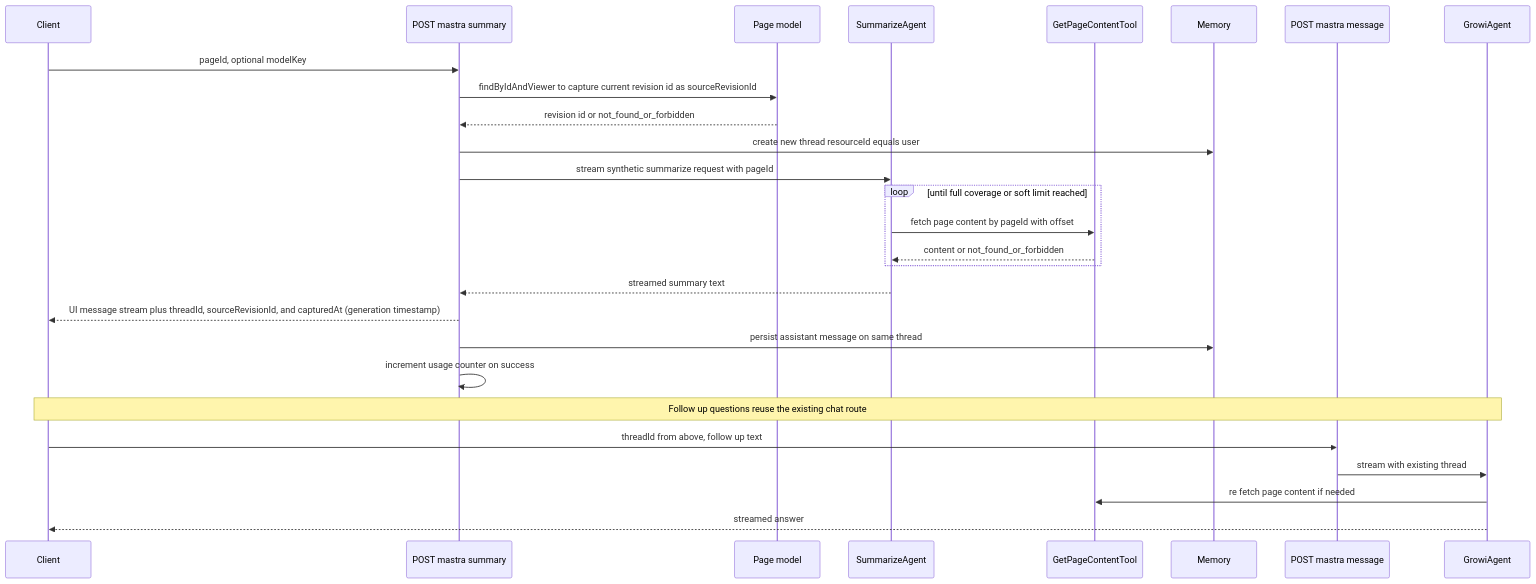
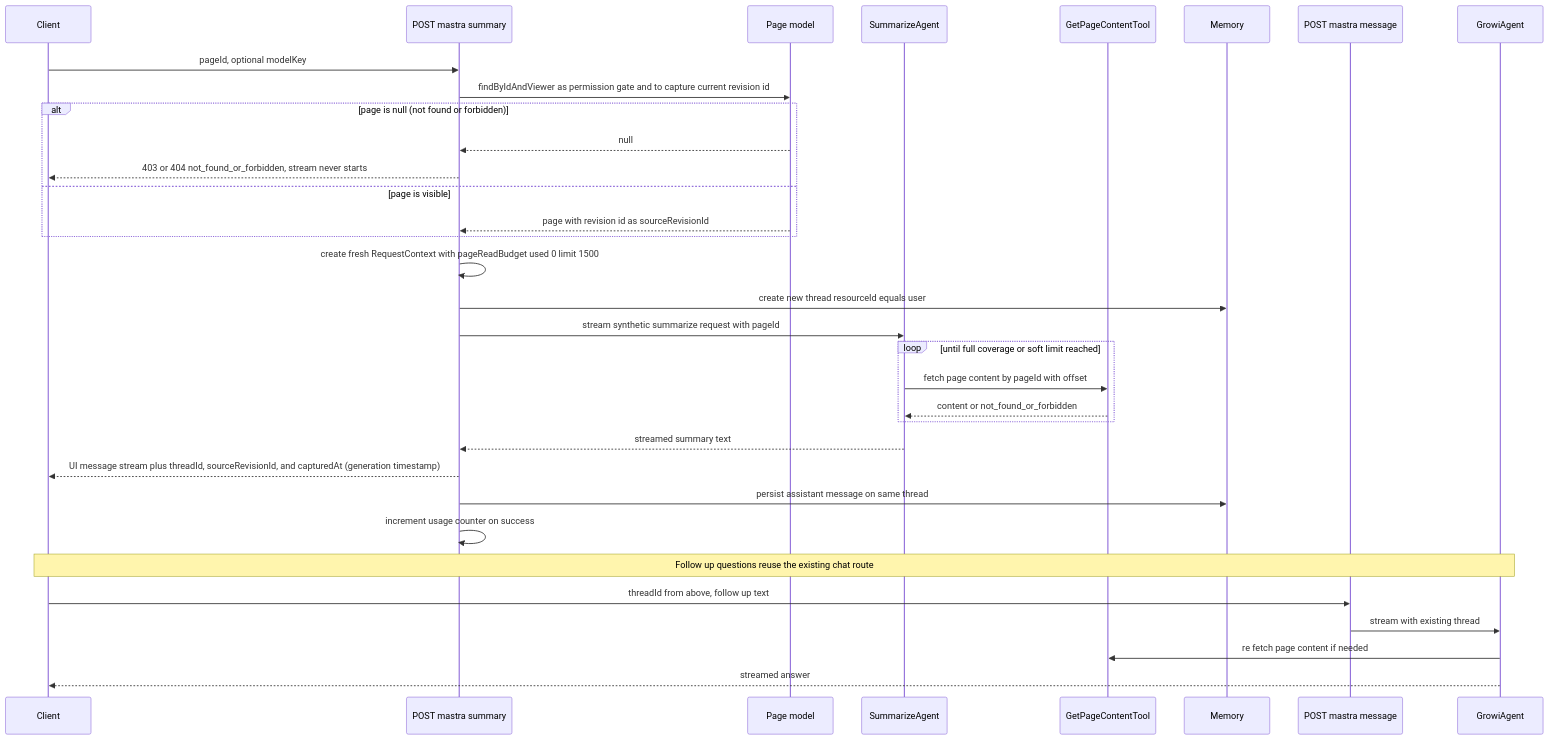
Before and after one commit to growilabs/growi: the second of 4 diagrams in .kiro/specs/ai-summarize/design.md, drawn with Mermaid. The commit also changed other lines of this file and 2 other files, not shown here.

````diff
--- a/.kiro/specs/ai-summarize/design.md
+++ b/.kiro/specs/ai-summarize/design.md
@@ -194,31 +210,37 @@
 ```mermaid
 sequenceDiagram
     participant Client
     participant SummaryRoute as POST mastra summary
     participant PageModel as Page model
     participant SummarizeAgent
     participant GetPageContentTool
     participant Memory
     participant MessageRoute as POST mastra message
     participant GrowiAgent
 
     Client->>SummaryRoute: pageId, optional modelKey
-    SummaryRoute->>PageModel: findByIdAndViewer to capture current revision id as sourceRevisionId
-    PageModel-->>SummaryRoute: revision id or not_found_or_forbidden
+    SummaryRoute->>PageModel: findByIdAndViewer as permission gate and to capture current revision id
+    alt page is null (not found or forbidden)
+        PageModel-->>SummaryRoute: null
+        SummaryRoute-->>Client: 403 or 404 not_found_or_forbidden, stream never starts
+    else page is visible
+        PageModel-->>SummaryRoute: page with revision id as sourceRevisionId
+    end
+    SummaryRoute->>SummaryRoute: create fresh RequestContext with pageReadBudget used 0 limit 1500
     SummaryRoute->>Memory: create new thread resourceId equals user
     SummaryRoute->>SummarizeAgent: stream synthetic summarize request with pageId
     loop until full coverage or soft limit reached
         SummarizeAgent->>GetPageContentTool: fetch page content by pageId with offset
         GetPageContentTool-->>SummarizeAgent: content or not_found_or_forbidden
     end
     SummarizeAgent-->>SummaryRoute: streamed summary text
     SummaryRoute-->>Client: UI message stream plus threadId, sourceRevisionId, and capturedAt (generation timestamp)
     SummaryRoute->>Memory: persist assistant message on same thread
     SummaryRoute->>SummaryRoute: increment usage counter on success
 
     Note over Client,GrowiAgent: Follow up questions reuse the existing chat route
     Client->>MessageRoute: threadId from above, follow up text
     MessageRoute->>GrowiAgent: stream with existing thread
     GrowiAgent->>GetPageContentTool: re fetch page content if needed
     GrowiAgent-->>Client: streamed answer
 ```
````
